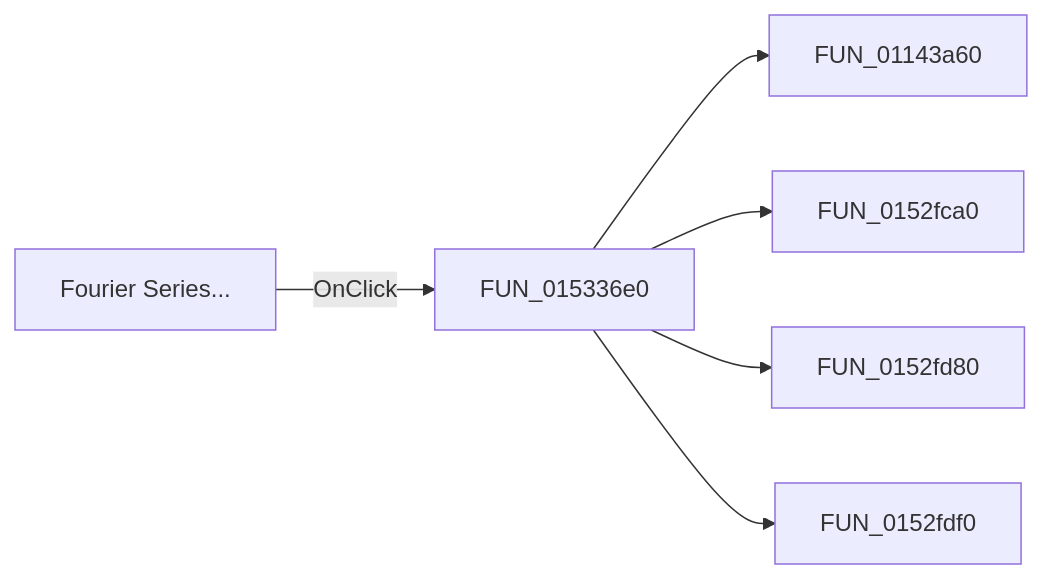
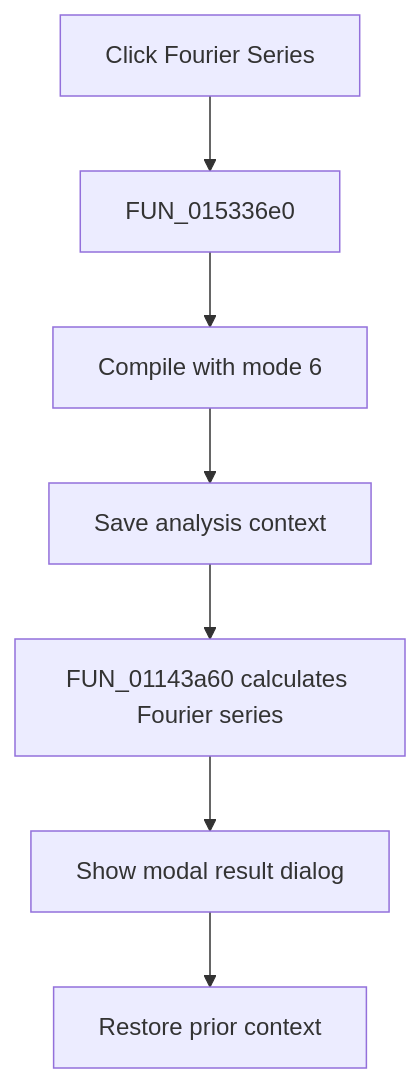
Before and after one commit to MovGP0/TIARA: the diagram in docs/ui-controls/netlisteditor/mifourierseries-3cab767b5e.md, drawn with Mermaid. The commit also changed other lines of this file and 1062 other files, not shown here.

````diff
--- a/docs/ui-controls/netlisteditor/mifourierseries-3cab767b5e.md
+++ b/docs/ui-controls/netlisteditor/mifourierseries-3cab767b5e.md
@@ -27,8 +29,9 @@
 ```mermaid
-flowchart LR
-    control["Fourier Series..."] -->|OnClick| handler["FUN_015336e0"]
-    handler --> call1["FUN_01143a60"]
-    handler --> call2["FUN_0152fca0"]
-    handler --> call3["FUN_0152fd80"]
-    handler --> call4["FUN_0152fdf0"]
+flowchart TD
+    control["Click Fourier Series"] --> handler["FUN_015336e0"]
+    handler --> compile["Compile with mode 6"]
+    compile --> prepare["Save analysis context"]
+    prepare --> series["FUN_01143a60 calculates Fourier series"]
+    series --> dialog["Show modal result dialog"]
+    dialog --> restore["Restore prior context"]
 ```
````
